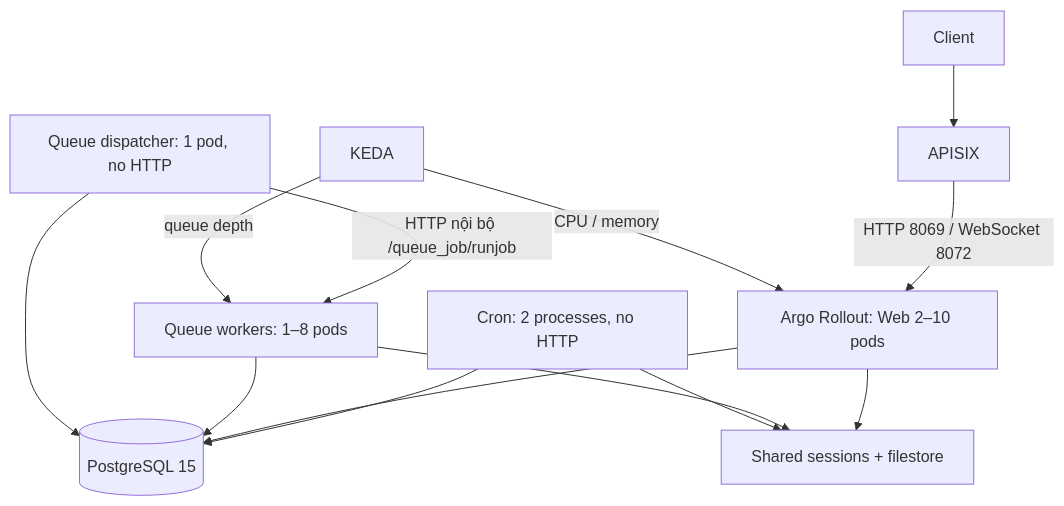
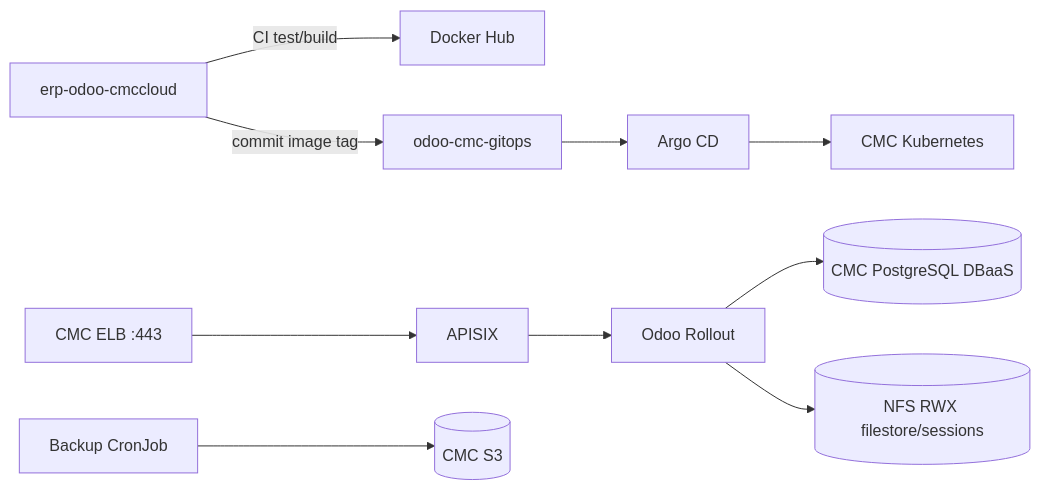
One commit to hgiang25/odoo-cmc-gitops changed the diagram in README.md. Above: the diagram before and after it, drawn with Mermaid. The commit also changed other lines of this file and 3 other files, not shown here.

````diff
--- a/README.md
+++ b/README.md
@@ -10,15 +9,12 @@
 ```mermaid
-flowchart TD
-    Client --> APISIX
-    APISIX -->|HTTP 8069 / WebSocket 8072| Web[Argo Rollout: Web 2–10 pods]
-    Runner[Queue dispatcher: 1 pod, no HTTP] -->|HTTP nội bộ /queue_job/runjob| Worker[Queue workers: 1–8 pods]
-    Cron[Cron: 2 processes, no HTTP] --> DB[(PostgreSQL 15)]
-    Web --> DB
-    Worker --> DB
-    Runner --> DB
-    Web --> PVC[Shared sessions + filestore]
-    Worker --> PVC
-    Cron --> PVC
-    KEDA -->|CPU / memory| Web
-    KEDA -->|queue depth| Worker
+flowchart LR
+    A[erp-odoo-cmccloud] -->|CI test/build| R[Docker Hub]
+    A -->|commit image tag| G[odoo-cmc-gitops]
+    G --> C[Argo CD]
+    C --> K[CMC Kubernetes]
+    E[CMC ELB :443] --> P[APISIX]
+    P --> W[Odoo Rollout]
+    W --> D[(CMC PostgreSQL DBaaS)]
+    W --> N[(NFS RWX filestore/sessions)]
+    B[Backup CronJob] --> S[(CMC S3)]
 ```
````
